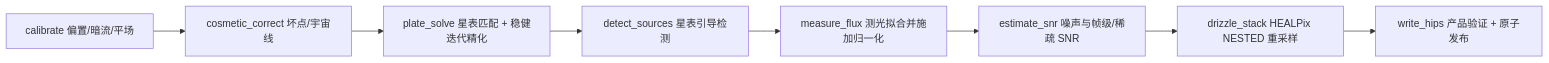
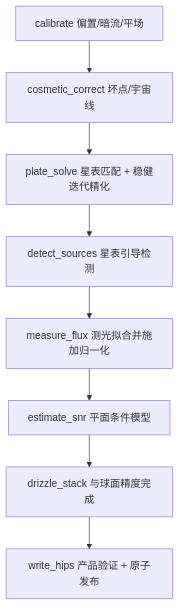
One commit to fujiaze/Astro-CS-Database changed the second of 3 diagrams in docs/engineering/architecture/ARCHITECTURE.md. Above: the diagram before and after it, drawn with Mermaid. The commit also changed other lines of this file and 51 other files, not shown here.

First line of the commit message:
docs(normalize): finalize typed contracts, spherical precision and product schema

````diff
--- a/docs/engineering/architecture/ARCHITECTURE.md
+++ b/docs/engineering/architecture/ARCHITECTURE.md
@@ -76,10 +76,10 @@
 ```mermaid
-flowchart LR
+flowchart TD
  A["calibrate 偏置/暗流/平场"] --> B["cosmetic_correct 坏点/宇宙线"]
  B --> C["plate_solve 星表匹配 + 稳健迭代精化"]
  C --> D["detect_sources 星表引导检测"]
  D --> E["measure_flux 测光拟合并施加归一化"]
- E --> F["estimate_snr 噪声与帧级/稀疏 SNR"]
- F --> G["drizzle_stack HEALPix NESTED 重采样"]
+ E --> F["estimate_snr 平面条件模型"]
+ F --> G["drizzle_stack 与球面精度完成"]
  G --> H["write_hips 产品验证 + 原子发布"]
 ```
````
